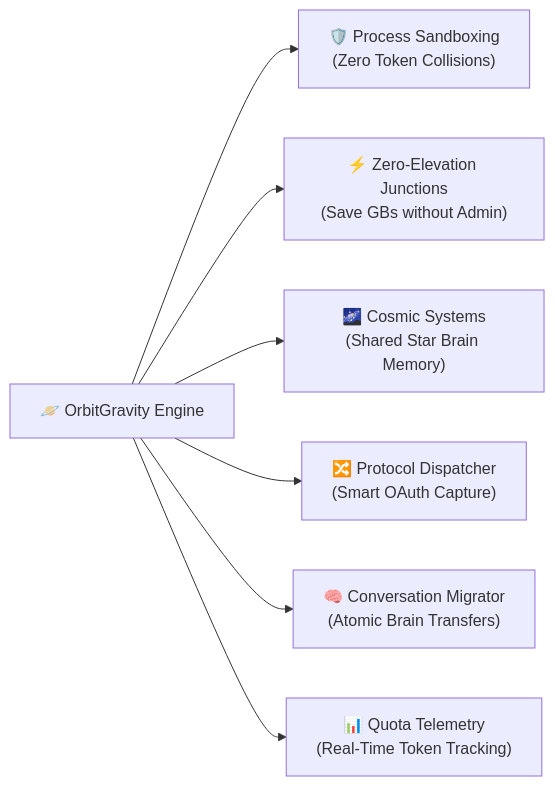
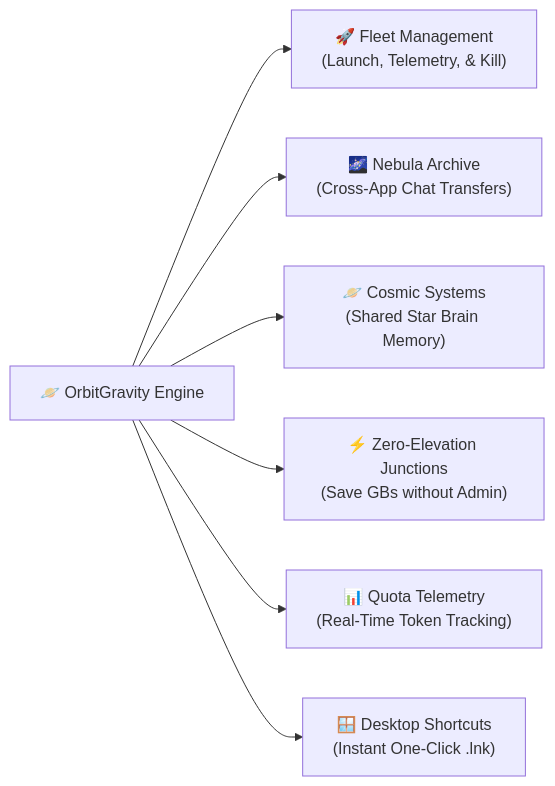
One commit to miguelistem/OrbitGravity changed the diagram in README.md. Above: the diagram before and after it, drawn with Mermaid. The commit also changed other lines of this file, not shown here.

Commit message:
docs: overhaul README to highlight fleet management, Nebula Archive, and cosmic systems

````diff
--- a/README.md
+++ b/README.md
@@ -37,11 +37,11 @@
 ```mermaid
 flowchart LR
     HUB["🪐 OrbitGravity Engine"]
     
-    HUB --> P1["🛡️ Process Sandboxing\n(Zero Token Collisions)"]
-    HUB --> P2["⚡ Zero-Elevation Junctions\n(Save GBs without Admin)"]
-    HUB --> P3["🌌 Cosmic Systems\n(Shared Star Brain Memory)"]
-    HUB --> P4["🔀 Protocol Dispatcher\n(Smart OAuth Capture)"]
-    HUB --> P5["🧠 Conversation Migrator\n(Atomic Brain Transfers)"]
-    HUB --> P6["📊 Quota Telemetry\n(Real-Time Token Tracking)"]
+    HUB --> P1["🚀 Fleet Management\n(Launch, Telemetry, & Kill)"]
+    HUB --> P2["🌌 Nebula Archive\n(Cross-App Chat Transfers)"]
+    HUB --> P3["🪐 Cosmic Systems\n(Shared Star Brain Memory)"]
+    HUB --> P4["⚡ Zero-Elevation Junctions\n(Save GBs without Admin)"]
+    HUB --> P5["📊 Quota Telemetry\n(Real-Time Token Tracking)"]
+    HUB --> P6["🪟 Desktop Shortcuts\n(Instant One-Click .lnk)"]
 ```
````
